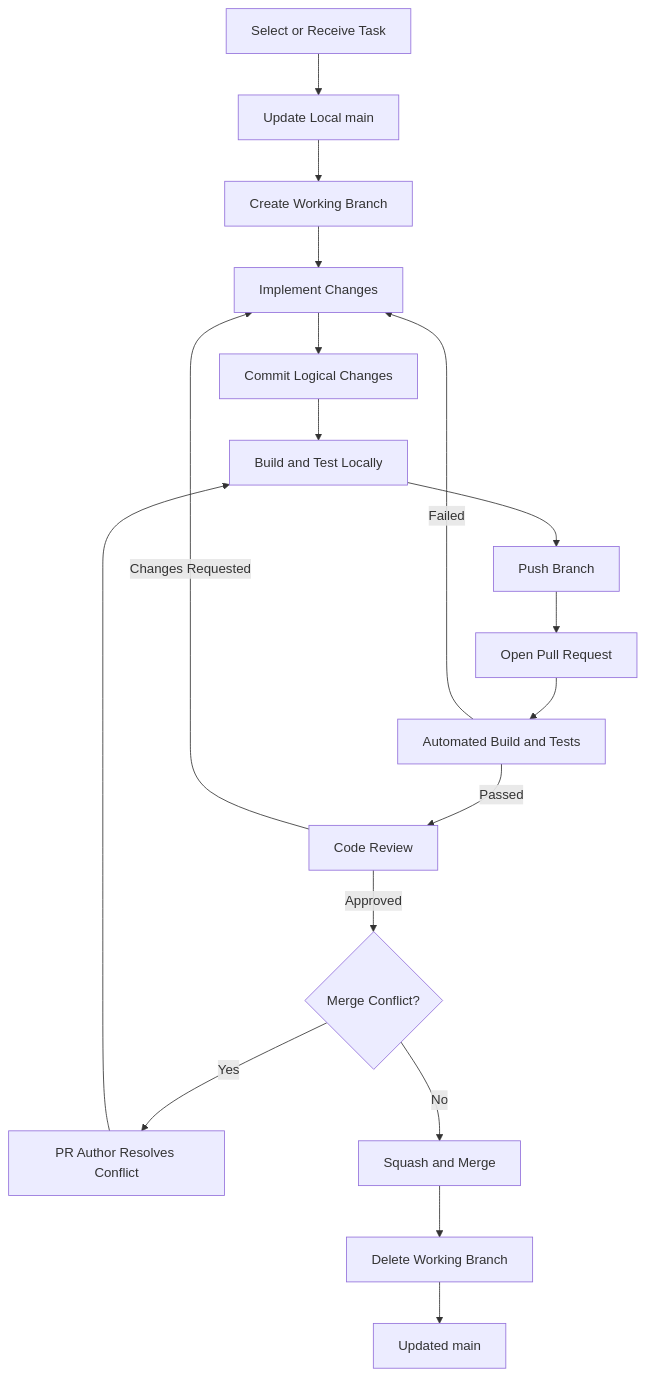
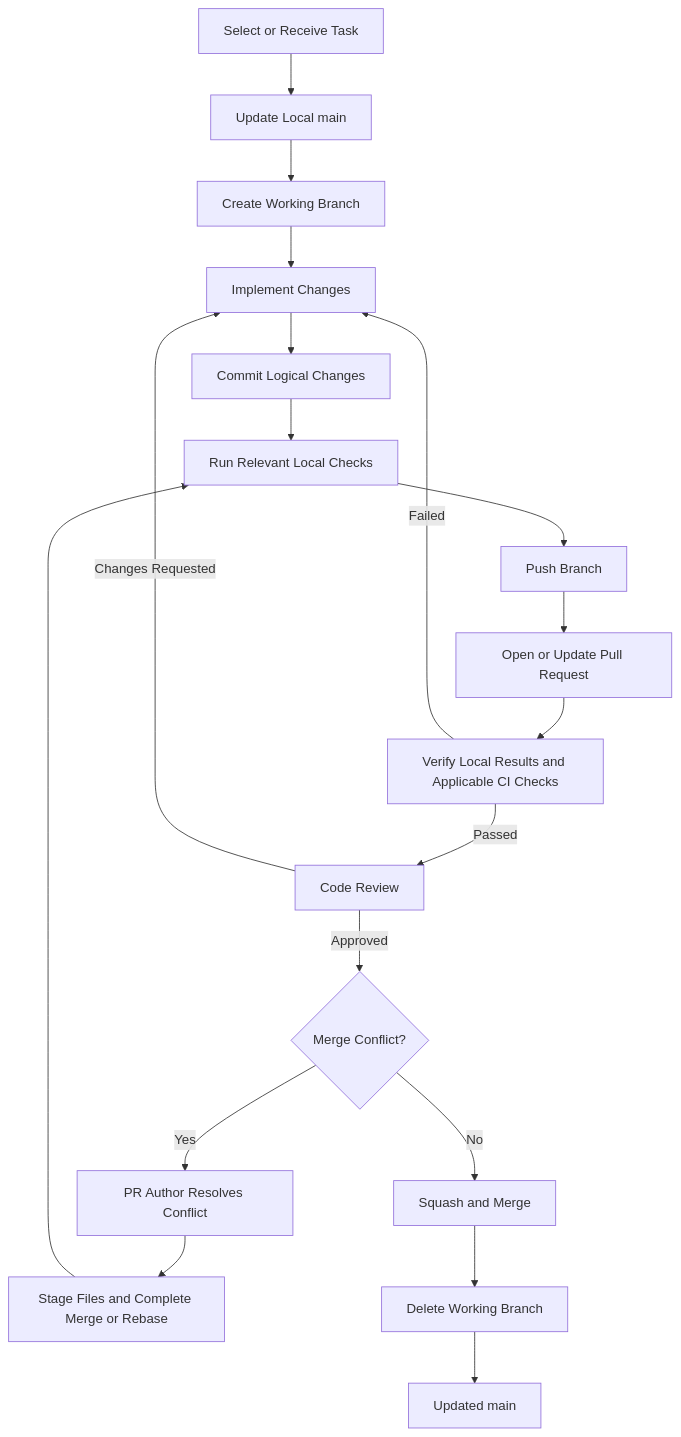
One commit to HyunseungJe/Invaders-SDP-24592 changed the diagram in docs/HanCode_Git_Workflow.md. Above: the diagram before and after it, drawn with Mermaid. The commit also changed other lines of this file, not shown here.

Commit message:
docs: clarify workflow checks and integration rules

````diff
--- a/docs/HanCode_Git_Workflow.md
+++ b/docs/HanCode_Git_Workflow.md
@@ -311,24 +324,25 @@
 ```mermaid
 flowchart TD
     A[Select or Receive Task] --> B[Update Local main]
     B --> C[Create Working Branch]
     C --> D[Implement Changes]
     D --> E[Commit Logical Changes]
-    E --> F[Build and Test Locally]
+    E --> F[Run Relevant Local Checks]
     F --> G[Push Branch]
-    G --> H[Open Pull Request]
-    H --> I[Automated Build and Tests]
+    G --> H[Open or Update Pull Request]
+    H --> I[Verify Local Results and Applicable CI Checks]
 
     I -->|Failed| D
     I -->|Passed| J[Code Review]
 
     J -->|Changes Requested| D
     J -->|Approved| K{Merge Conflict?}
 
     K -->|Yes| L[PR Author Resolves Conflict]
-    L --> F
+    L --> P[Stage Files and Complete Merge or Rebase]
+    P --> F
 
     K -->|No| M[Squash and Merge]
     M --> N[Delete Working Branch]
     N --> O[Updated main]
 ```
````
